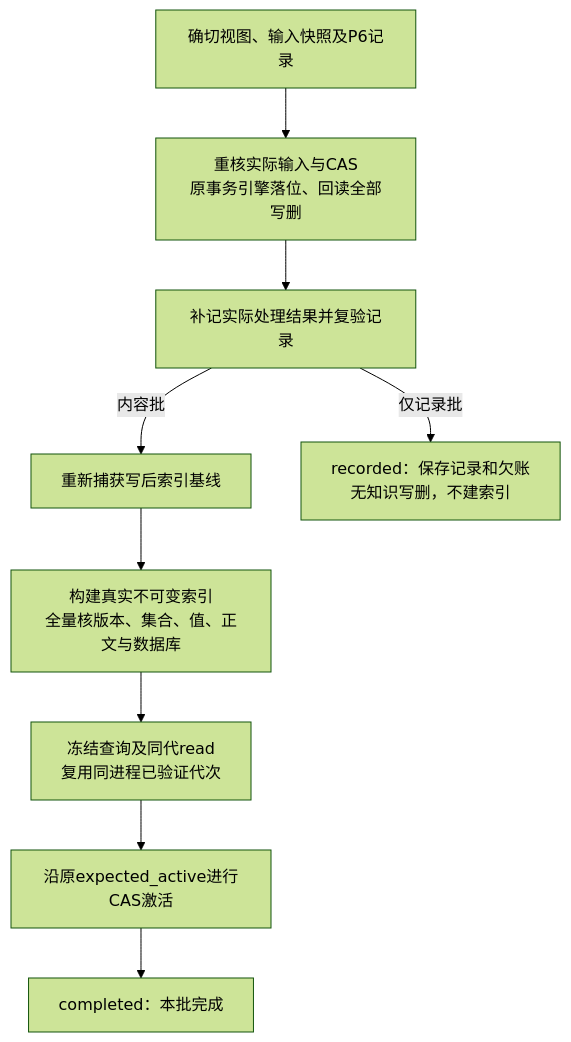
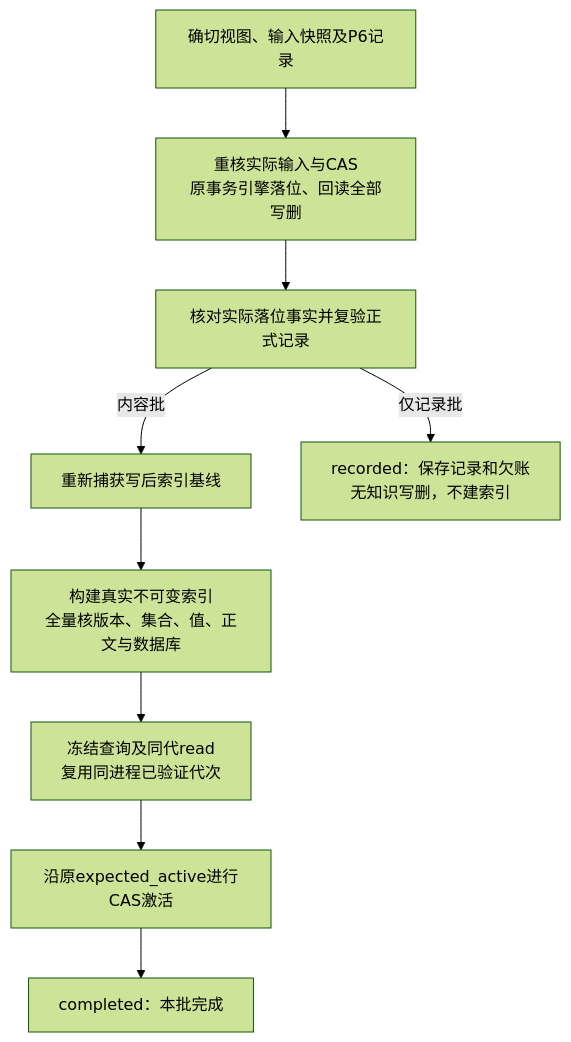
Diagram 18 of 27 in himate-knowledge-wifi-mp/docs-llm-wiki/知识库详细设计.md (Robin-hhc/FactumCore), drawn with Mermaid (forest theme) before and after one commit. The commit also changed other lines of this file and 5 other files, not shown here.

````diff
--- a/himate-knowledge-wifi-mp/docs-llm-wiki/知识库详细设计.md
+++ b/himate-knowledge-wifi-mp/docs-llm-wiki/知识库详细设计.md
@@ -675,11 +705,11 @@
 ```mermaid
 flowchart TD
     INPUT["确切视图、输入快照及P6记录"] --> SAFE["重核实际输入与CAS<br/>原事务引擎落位、回读全部写删"]
-    SAFE --> RECORD["补记实际处理结果并复验记录"]
+    SAFE --> RECORD["核对实际落位事实并复验正式记录"]
     RECORD -->|内容批| BASE["重新捕获写后索引基线"]
     BASE --> BUILD["构建真实不可变索引<br/>全量核版本、集合、值、正文与数据库"]
     BUILD --> QUERIES["冻结查询及同代read<br/>复用同进程已验证代次"]
     QUERIES --> CAS["沿原expected_active进行CAS激活"]
     CAS --> DONE["completed：本批完成"]
     RECORD -->|仅记录批| SAVED["recorded：保存记录和欠账<br/>无知识写删，不建索引"]
 ```
````
